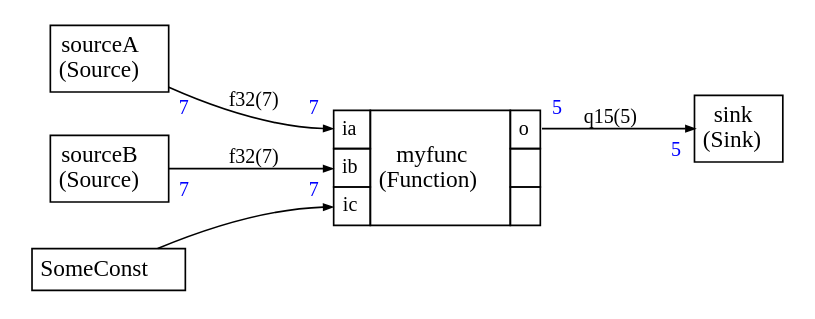
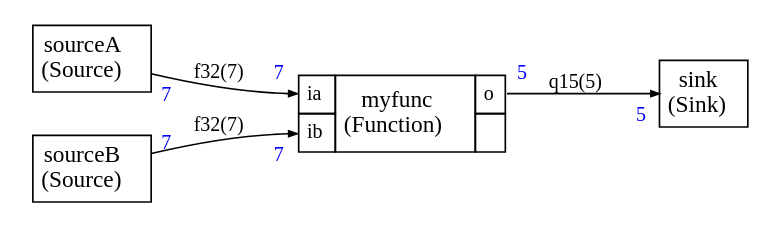
The diagram in Examples/functionexample/function.dot (ARM-software/CMSIS-Stream), drawn with Graphviz before and after one commit. The commit also changed 112 other files, not shown here.

```diff
--- a/Examples/functionexample/function.dot
+++ b/Examples/functionexample/function.dot
@@ -1,82 +1,70 @@
 
 
 
 
 digraph structs {
     bgcolor = "white"
     node [shape=plaintext,color="black",fontcolor="black",fontname="Times-Roman"]
     rankdir=LR
     edge [arrowsize="0.5",color="black",fontcolor="black",fontname="Times-Roman"]
 
 
 
 myfunc1 [label=<
 <TABLE color="black" bgcolor="none" BORDER="0" CELLBORDER="1" CELLSPACING="0" CELLPADDING="4">
   <TR>
     <TD PORT="ia"><FONT POINT-SIZE="12.0" COLOR="black">ia</FONT></TD>
-    <TD ALIGN="CENTER" ROWSPAN="3"><FONT COLOR="black" POINT-SIZE="14.0">myfunc<BR/>(Function)</FONT></TD>
+    <TD ALIGN="CENTER" ROWSPAN="2"><FONT COLOR="black" POINT-SIZE="14.0">myfunc<BR/>(Function)</FONT></TD>
     <TD PORT="o"><FONT POINT-SIZE="12.0" COLOR="black">o</FONT></TD>
   </TR>
 <TR>
 <TD PORT="ib"><FONT POINT-SIZE="12.0" COLOR="black">ib</FONT></TD>
-
- 
-<TD></TD></TR><TR>
-<TD PORT="ic"><FONT POINT-SIZE="12.0" COLOR="black">ic</FONT></TD>
 
  
 <TD></TD></TR>
 
 </TABLE>>];
 
 sink [label=<
 <TABLE color="black" bgcolor="none" BORDER="0" CELLBORDER="1" CELLSPACING="0" CELLPADDING="4">
   <TR>
     <TD ALIGN="CENTER" PORT="i"><FONT COLOR="black" POINT-SIZE="14.0">sink<BR/>(Sink)</FONT></TD>
   </TR>
 </TABLE>>];
 
 sourceA [label=<
 <TABLE color="black" bgcolor="none" BORDER="0" CELLBORDER="1" CELLSPACING="0" CELLPADDING="4">
   <TR>
     <TD ALIGN="CENTER" PORT="i"><FONT COLOR="black" POINT-SIZE="14.0">sourceA<BR/>(Source)</FONT></TD>
   </TR>
 </TABLE>>];
 
 sourceB [label=<
 <TABLE color="black" bgcolor="none" BORDER="0" CELLBORDER="1" CELLSPACING="0" CELLPADDING="4">
   <TR>
     <TD ALIGN="CENTER" PORT="i"><FONT COLOR="black" POINT-SIZE="14.0">sourceB<BR/>(Source)</FONT></TD>
   </TR>
 </TABLE>>];
 
 
 
 sourceA:i -> myfunc1:ia [style="solid",color="black",fontsize="12.0",fontcolor="black",label=<f32(7)>
 ,headlabel=<<TABLE BORDER="0" CELLPADDING="4"><TR><TD><FONT COLOR="blue" POINT-SIZE="12.0" >7</FONT>
 </TD></TR></TABLE>>
 ,taillabel=<<TABLE BORDER="0" CELLPADDING="4"><TR><TD><FONT COLOR="blue" POINT-SIZE="12.0" >7</FONT>
 </TD></TR></TABLE>>]
 
 sourceB:i -> myfunc1:ib [style="solid",color="black",fontsize="12.0",fontcolor="black",label=<f32(7)>
 ,headlabel=<<TABLE BORDER="0" CELLPADDING="4"><TR><TD><FONT COLOR="blue" POINT-SIZE="12.0" >7</FONT>
 </TD></TR></TABLE>>
 ,taillabel=<<TABLE BORDER="0" CELLPADDING="4"><TR><TD><FONT COLOR="blue" POINT-SIZE="12.0" >7</FONT>
 </TD></TR></TABLE>>]
 
 myfunc1:o -> sink:i [style="solid",color="black",fontsize="12.0",fontcolor="black",label=<q15(5)>
 ,headlabel=<<TABLE BORDER="0" CELLPADDING="4"><TR><TD><FONT COLOR="blue" POINT-SIZE="12.0" >5</FONT>
 </TD></TR></TABLE>>
 ,taillabel=<<TABLE BORDER="0" CELLPADDING="4"><TR><TD><FONT COLOR="blue" POINT-SIZE="12.0" >5</FONT>
 </TD></TR></TABLE>>]
 
-SomeConst [label=<
-<TABLE color="black" bgcolor="none" BORDER="0" CELLBORDER="1" CELLSPACING="0" CELLPADDING="4">
-  <TR>
-    <TD ALIGN="CENTER" PORT="i"><FONT COLOR="black" POINT-SIZE="14.0">SomeConst</FONT></TD>
-  </TR>
-</TABLE>>];
 
-SomeConst:i -> myfunc1:ic
- [style="solid",color="black"]
 }
```
